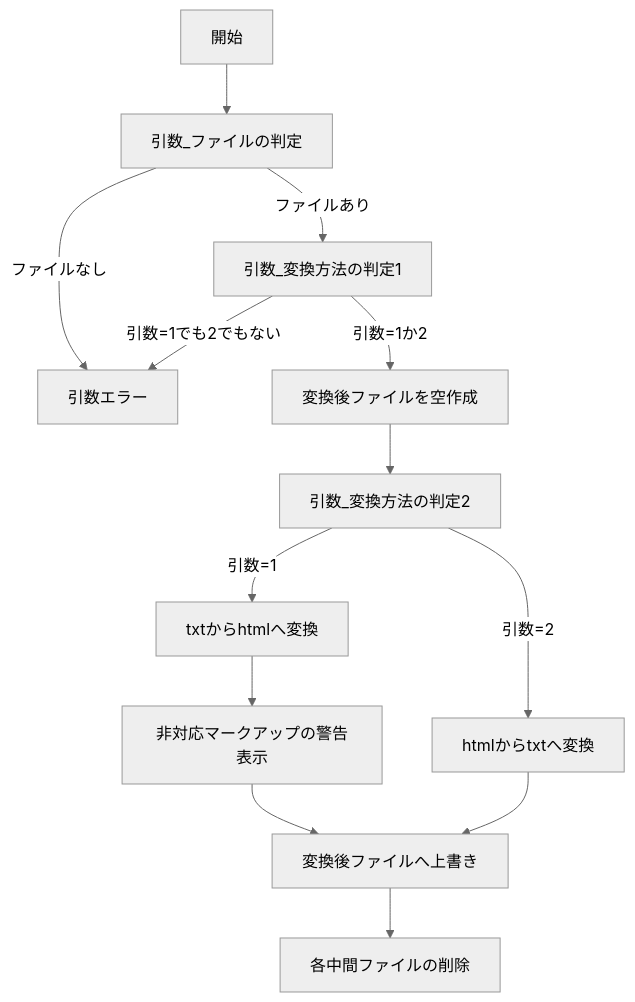
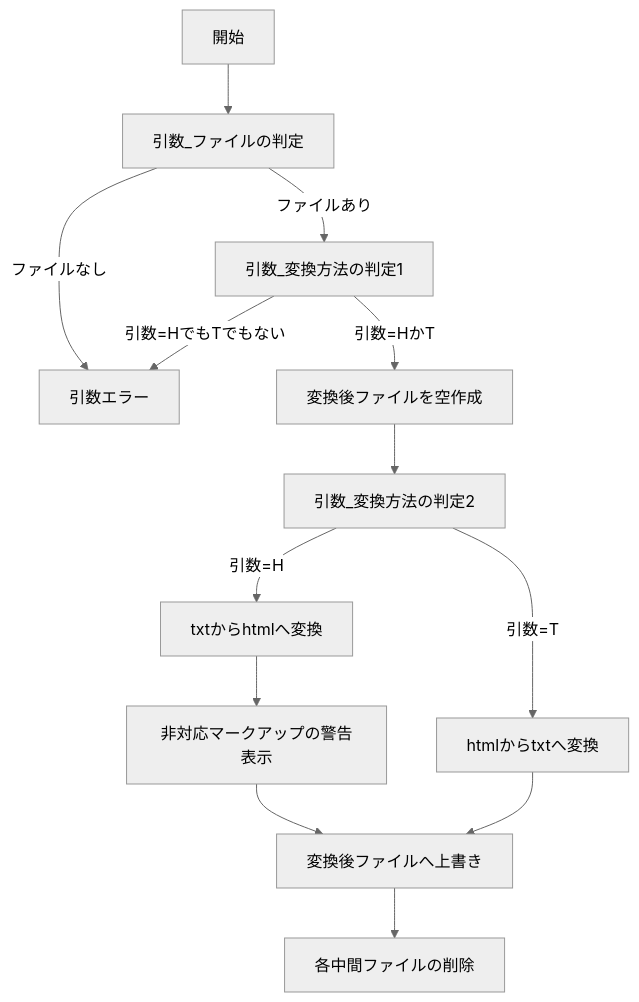
One commit to y-mikou/littlebug changed the diagram in README.md. Above: the diagram before and after it, drawn with Mermaid (neutral theme).

````diff
--- a/README.md
+++ b/README.md
@@ -81,16 +81,16 @@
 ``` mermaid 
 flowchart TD
 
 開始 --> 引数_ファイルの判定
 引数_ファイルの判定 --ファイルあり--> 引数_変換方法の判定1 
 引数_ファイルの判定 --ファイルなし--> 引数エラー
-引数_変換方法の判定1 --引数=1か2--> 変換後ファイルを空作成
-引数_変換方法の判定1 --引数=1でも2でもない--> 引数エラー
+引数_変換方法の判定1 --引数=HかT--> 変換後ファイルを空作成
+引数_変換方法の判定1 --引数=HでもTでもない--> 引数エラー
 変換後ファイルを空作成 --> 引数_変換方法の判定2
-引数_変換方法の判定2 --引数=1--> txtからhtmlへ変換
-引数_変換方法の判定2 --引数=2--> htmlからtxtへ変換
+引数_変換方法の判定2 --引数=H--> txtからhtmlへ変換
+引数_変換方法の判定2 --引数=T--> htmlからtxtへ変換
 txtからhtmlへ変換 --> 非対応マークアップの警告表示
 非対応マークアップの警告表示 --> 変換後ファイルへ上書き
 htmlからtxtへ変換 --> 変換後ファイルへ上書き
 変換後ファイルへ上書き --> 各中間ファイルの削除
 ```
````
